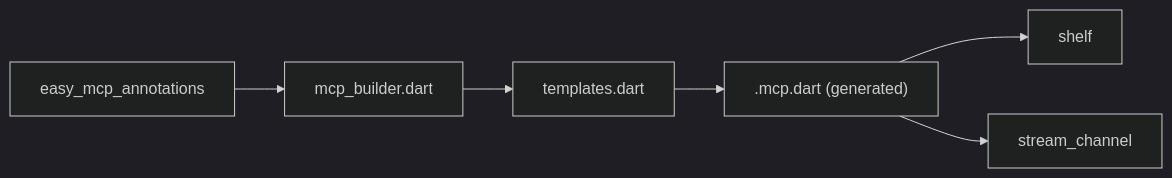
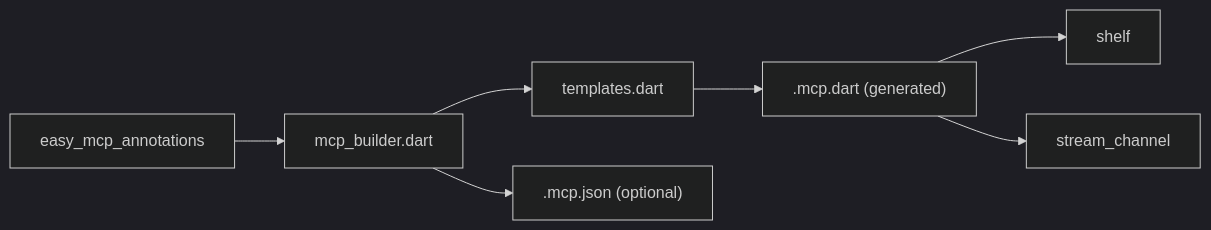
One commit to cdavis-code/easy_mcp_workspace changed diagram 12 of 12 in .qoder/repowiki/en/content/Transport Implementations/HTTP Transport.md. Above: the diagram before and after it, drawn with Mermaid (dark theme). The commit also changed other lines of this file and 16 other files, not shown here.

````diff
--- a/.qoder/repowiki/en/content/Transport Implementations/HTTP Transport.md
+++ b/.qoder/repowiki/en/content/Transport Implementations/HTTP Transport.md
@@ -381,8 +415,9 @@
 ```mermaid
 graph LR
 Annotations["easy_mcp_annotations"] --> Builder["mcp_builder.dart"]
 Builder --> Templates["templates.dart"]
 Templates --> Example[".mcp.dart (generated)"]
+Builder --> JsonMetadata[".mcp.json (optional)"]
 Example --> Shelf["shelf"]
 Example --> StreamChannel["stream_channel"]
 ```
````
